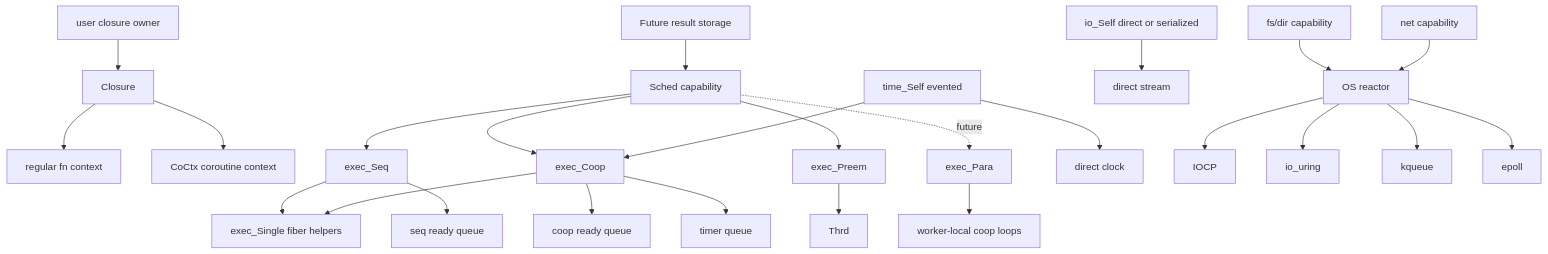
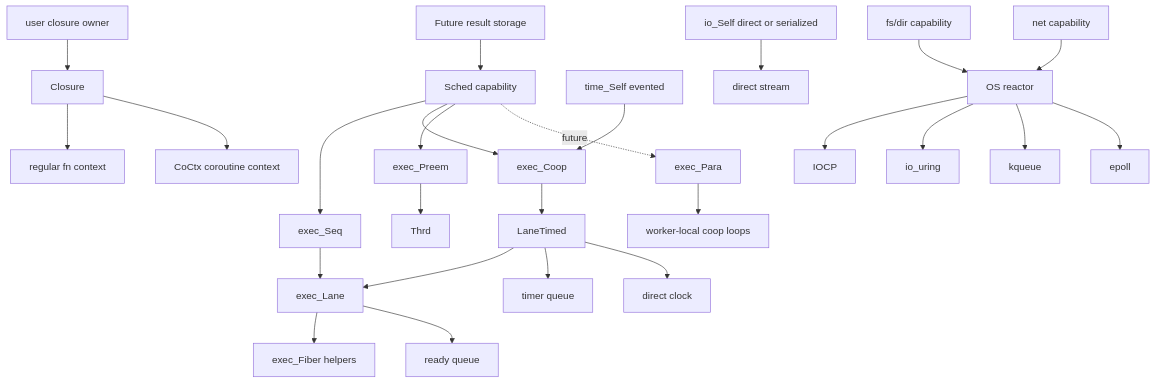
One commit to coding-pelican/dasae-headers changed the first of 5 diagrams in dh/tests/draft/io_conc/ARCH.md. Above: the diagram before and after it, drawn with Mermaid. The commit also changed other lines of this file and 49 other files, not shown here.

````diff
--- a/dh/tests/draft/io_conc/ARCH.md
+++ b/dh/tests/draft/io_conc/ARCH.md
@@ -5,29 +5,30 @@
 ```mermaid
 graph TD
     User[user closure owner] --> Closure[Closure]
     Closure --> Fn[regular fn context]
     Closure --> Co[CoCtx coroutine context]
 
     Future[Future result storage] --> Sched[Sched capability]
     Sched --> Seq[exec_Seq]
     Sched --> Coop[exec_Coop]
     Sched --> Preem[exec_Preem]
     Sched -. future .-> Para[exec_Para]
-    Seq --> Single[exec_Single fiber helpers]
-    Coop --> Single
-    Seq --> SeqReady[seq ready queue]
-    Coop --> Ready[coop ready queue]
-    Coop --> Timers[timer queue]
+    Seq --> Lane[exec_Lane]
+    Coop --> LaneTimed
+    LaneTimed --> Lane
+    Lane --> Single[exec_Fiber helpers]
+    Lane --> Ready[ready queue]
+    LaneTimed --> Timers[timer queue]
+    LaneTimed --> Clock[direct clock]
     Preem --> Thrd[Thrd]
     Para --> Workers[worker-local coop loops]
 
     Time[time_Self evented] --> Coop
-    Time --> Clock[direct clock]
     Io[io_Self direct or serialized] --> Direct[direct stream]
     Fs[fs/dir capability] --> Reactor[OS reactor]
     Net[net capability] --> Reactor
     Reactor --> IOCP[IOCP]
     Reactor --> Uring[io_uring]
     Reactor --> Kqueue[kqueue]
     Reactor --> Epoll[epoll]
 ```
````
